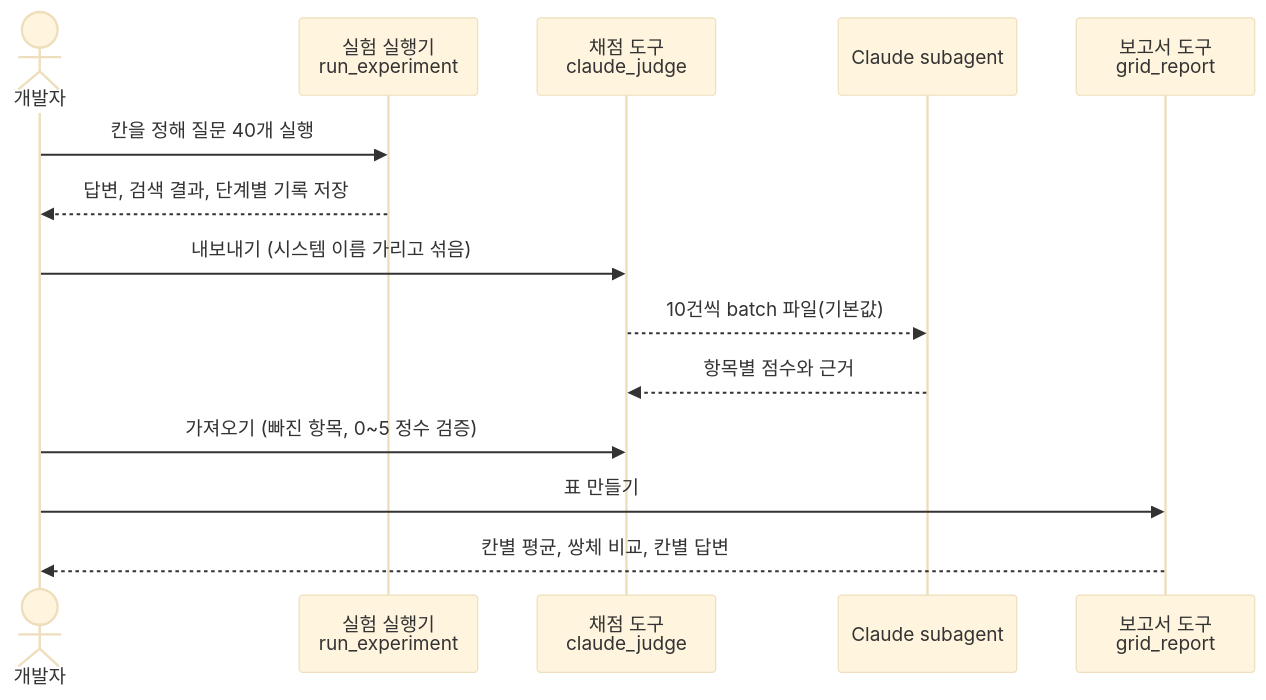
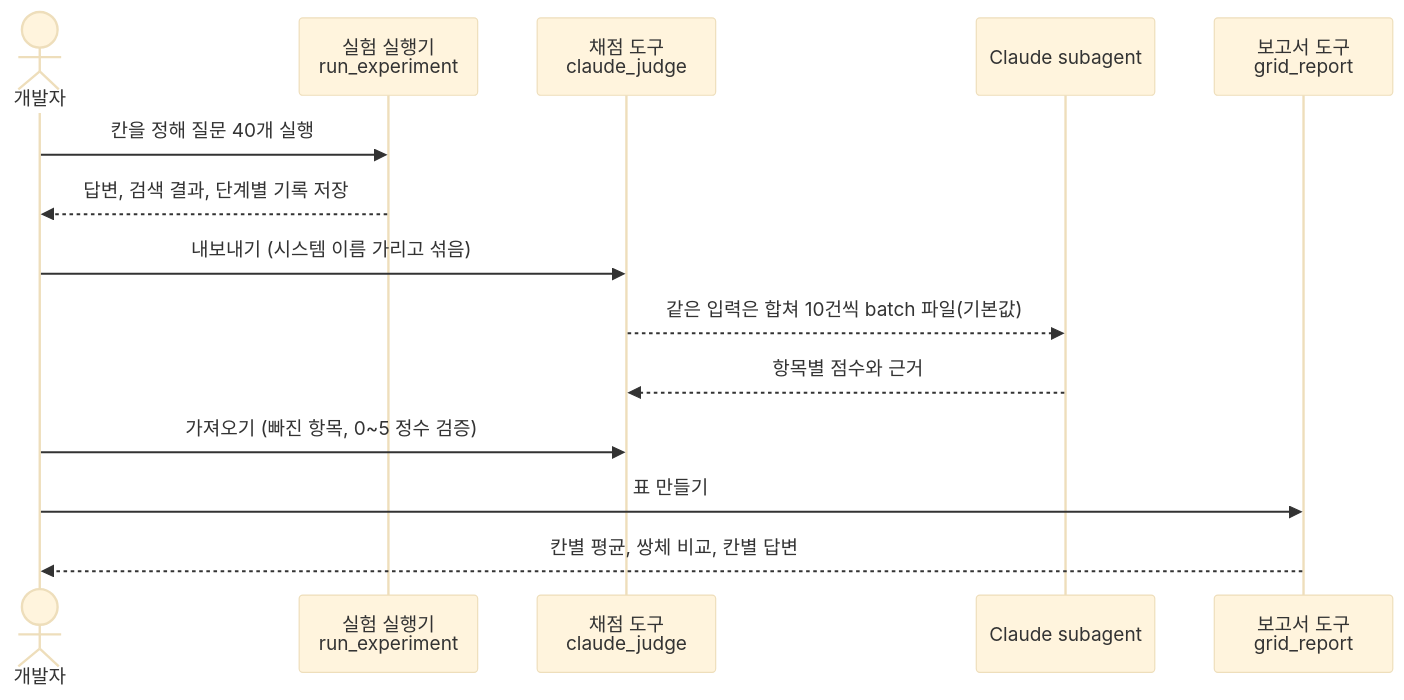
The second of 2 diagrams in docs/06_평가.md (adover134/hierarchical-md-rag), drawn with Mermaid (base theme) before and after one commit. The commit also changed other lines of this file and 50 other files, not shown here.

````diff
--- a/docs/06_평가.md
+++ b/docs/06_평가.md
@@ -39,17 +42,17 @@
 ```mermaid
 sequenceDiagram
     actor 개발자
     participant R as 실험 실행기<br/>run_experiment
     participant J as 채점 도구<br/>claude_judge
     participant C as Claude subagent
     participant G as 보고서 도구<br/>grid_report
 
     개발자->>R: 칸을 정해 질문 40개 실행
     R-->>개발자: 답변, 검색 결과, 단계별 기록 저장
     개발자->>J: 내보내기 (시스템 이름 가리고 섞음)
-    J-->>C: 10건씩 batch 파일(기본값)
+    J-->>C: 같은 입력은 합쳐 10건씩 batch 파일(기본값)
     C-->>J: 항목별 점수와 근거
     개발자->>J: 가져오기 (빠진 항목, 0~5 정수 검증)
     개발자->>G: 표 만들기
     G-->>개발자: 칸별 평균, 쌍체 비교, 칸별 답변
 ```
````
